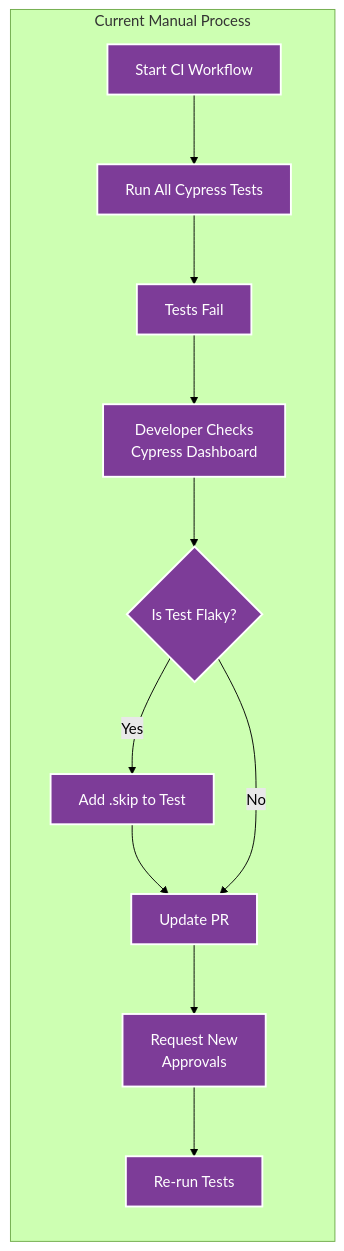
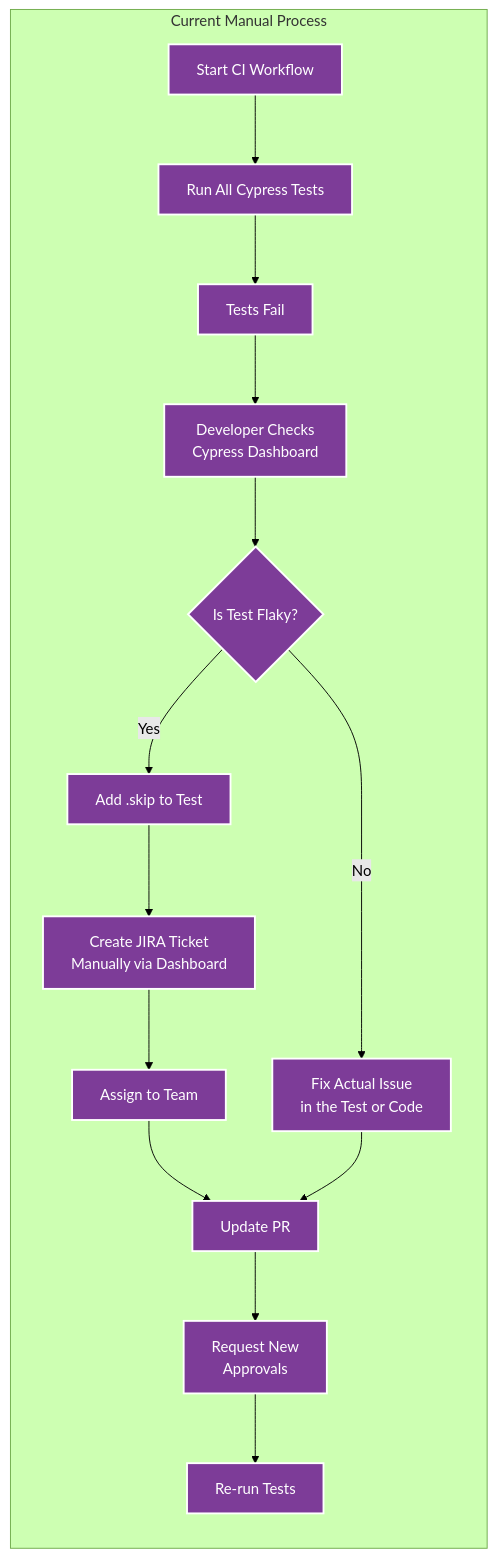
The first of 3 diagrams in docs/flake-manager-workflow.md (malinmalliyawadu/FlakeManager), drawn with Mermaid (forest theme) before and after one commit. The commit also changed other lines of this file, not shown here.

First line of the commit message:
Enhance flake-manager workflow documentation for handling flaky tests

````diff
--- a/docs/flake-manager-workflow.md
+++ b/docs/flake-manager-workflow.md
@@ -7,32 +7,40 @@
 ```mermaid
 flowchart LR
     %% Current manual process
     subgraph "Current Manual Process"
         ciStart[Start CI Workflow]
         ciRun[Run All Cypress Tests]
         ciFail[Tests Fail]
         checkDash["Developer Checks
         Cypress Dashboard"]
         isFlaky{Is Test Flaky?}
         addSkip[Add .skip to Test]
+        createJira["Create JIRA Ticket
+        Manually via Dashboard"]
+        assignTeam[Assign to Team]
         createPR[Update PR]
         approvals["Request New
         Approvals"]
         reRun[Re-run Tests]
+        fixIssue["Fix Actual Issue
+        in the Test or Code"]
 
         ciStart --> ciRun
         ciRun --> ciFail
         ciFail --> checkDash
         checkDash --> isFlaky
         isFlaky -- Yes --> addSkip
-        addSkip --> createPR
+        addSkip --> createJira
+        createJira --> assignTeam
+        assignTeam --> createPR
         createPR --> approvals
         approvals --> reRun
-        isFlaky -- No --> createPR
+        isFlaky -- No --> fixIssue
+        fixIssue --> createPR
     end
 
     %% Styling - adjusted for dark mode readability
     classDef manual fill:#7D3C98,stroke:#ffffff,stroke-width:2px,color:#ffffff
 
-    class ciStart,ciRun,ciFail,checkDash,isFlaky,addSkip,createPR,approvals,reRun manual
+    class ciStart,ciRun,ciFail,checkDash,isFlaky,addSkip,createJira,assignTeam,createPR,approvals,reRun,fixIssue manual
 ```
````
